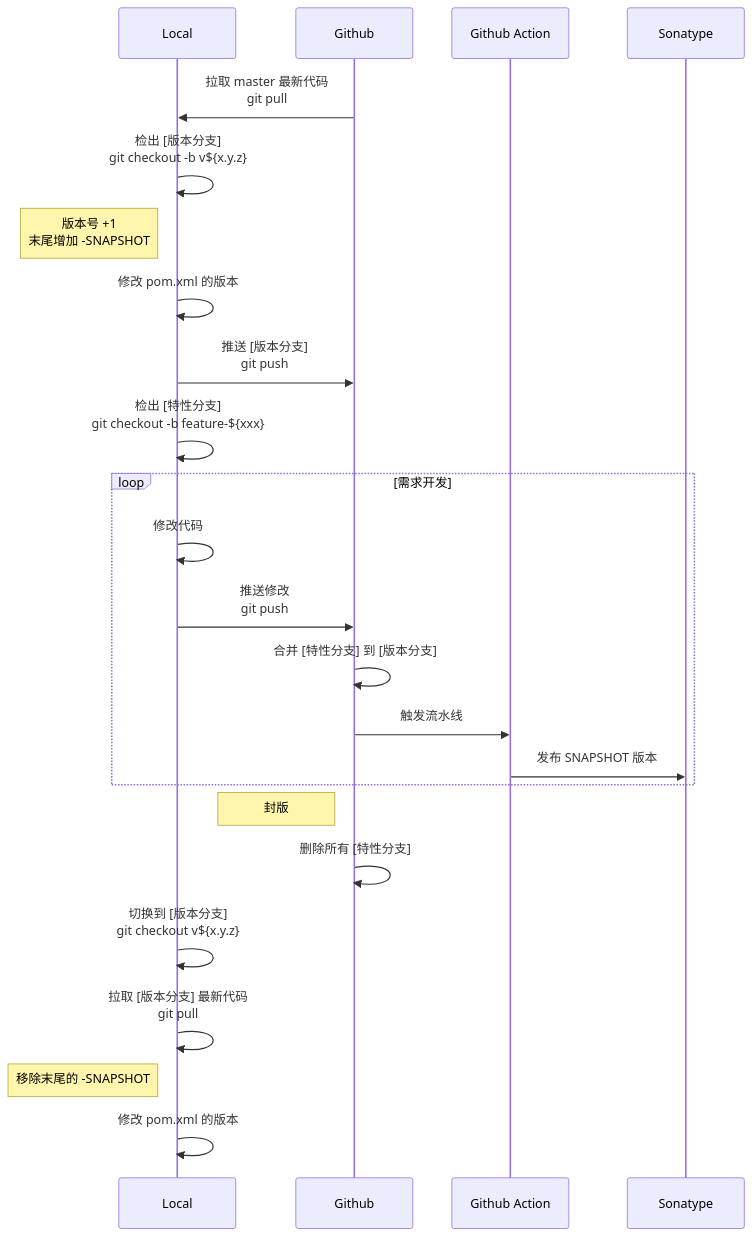
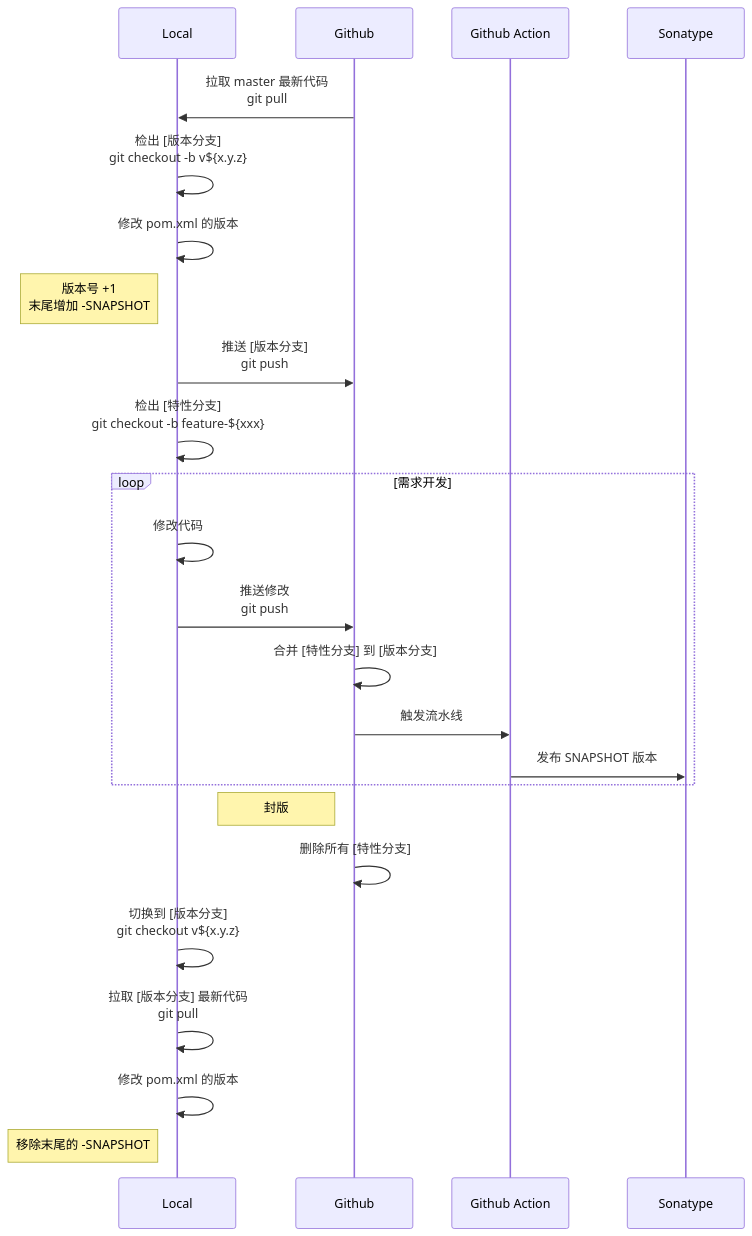
One commit to EXP-Codes/exp-libs-refactor changed the diagram in DevSOP.md. Above: the diagram before and after it, drawn with Mermaid. The commit also changed other lines of this file, not shown here.

````diff
--- a/DevSOP.md
+++ b/DevSOP.md
@@ -27,26 +27,26 @@
 ```mermaid
 sequenceDiagram
     participant Local
     participant Github
     participant Github Action
     participant Sonatype
     Github->>Local: 拉取 master 最新代码<br/>git pull
     Local->>Local: 检出 [版本分支]<br/>git checkout -b v${x.y.z}
+    Local->>Local: 修改 pom.xml 的版本
     Note left of Local: 版本号 +1<br/>末尾增加 -SNAPSHOT
-    Local->>Local: 修改 pom.xml 的版本
     Local->>Github: 推送 [版本分支]<br/>git push
     Local->>Local: 检出 [特性分支]<br/>git checkout -b feature-${xxx}
     loop 需求开发
         Local->>Local: 修改代码
         Local->>Github: 推送修改<br/>git push
         Github->>Github: 合并 [特性分支] 到 [版本分支]
         Github->>Github Action: 触发流水线
         Github Action->>Sonatype: 发布 SNAPSHOT 版本
     end
     Note left of Github: 封版
     Github->>Github: 删除所有 [特性分支]
     Local->>Local: 切换到 [版本分支]<br/>git checkout v${x.y.z}
     Local->>Local: 拉取 [版本分支] 最新代码<br/>git pull
+    Local->>Local: 修改 pom.xml 的版本
     Note left of Local: 移除末尾的 -SNAPSHOT
-    Local->>Local: 修改 pom.xml 的版本
 ```
````
